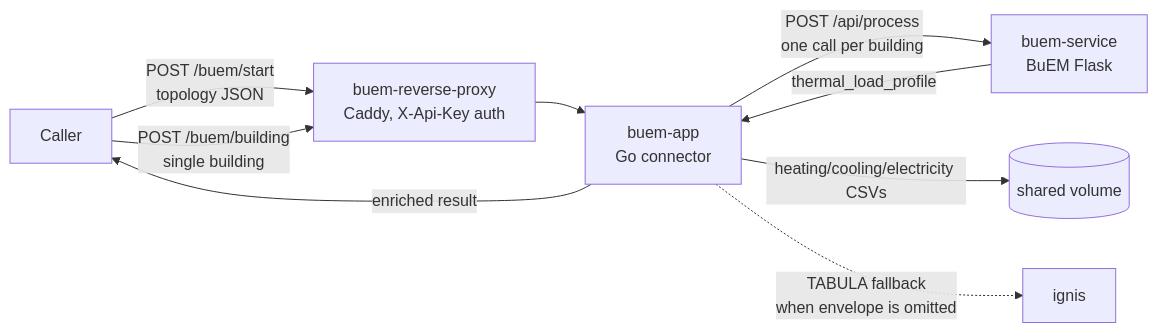
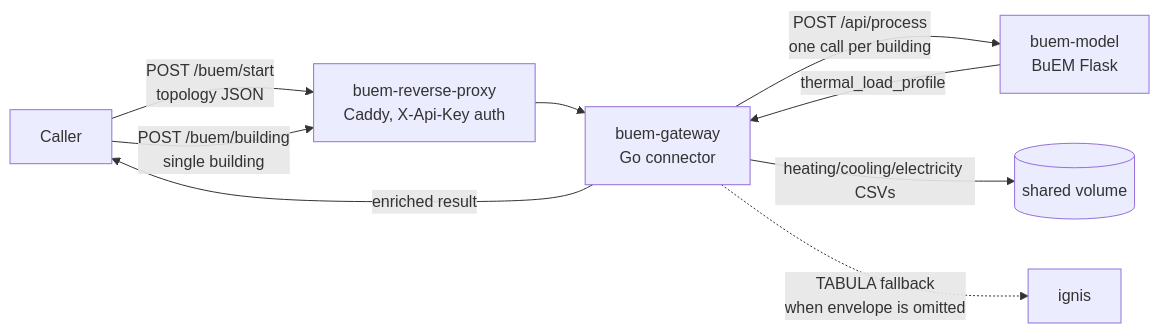
The diagram in README.md (enerplanet/buem-gateway), drawn with Mermaid before and after one commit. The commit also changed other lines of this file and 8 other files, not shown here.

First line of the commit message:
refactor: rename buem-service/buem-app to buem-model/buem-gateway

````diff
--- a/README.md
+++ b/README.md
@@ -26,11 +26,11 @@
 ```mermaid
 graph LR
     CALLER[Caller] -->|POST /buem/start<br>topology JSON| PROXY[buem-reverse-proxy<br>Caddy, X-Api-Key auth]
     CALLER -->|POST /buem/building<br>single building| PROXY
-    PROXY --> APP[buem-app<br>Go connector]
-    APP -->|POST /api/process<br>one call per building| MODEL[buem-service<br>BuEM Flask]
+    PROXY --> APP[buem-gateway<br>Go connector]
+    APP -->|POST /api/process<br>one call per building| MODEL[buem-model<br>BuEM Flask]
     MODEL -->|thermal_load_profile| APP
     APP -->|enriched result| CALLER
     APP -->|heating/cooling/electricity CSVs| VOL[(shared volume)]
     APP -.->|TABULA fallback<br>when envelope is omitted| IGNIS[ignis]
 ```
````
